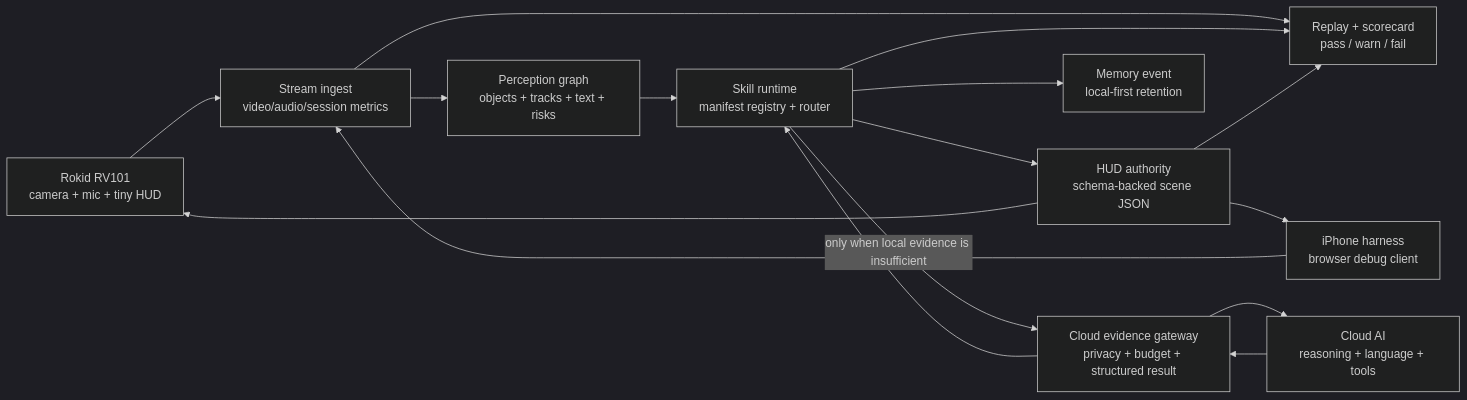
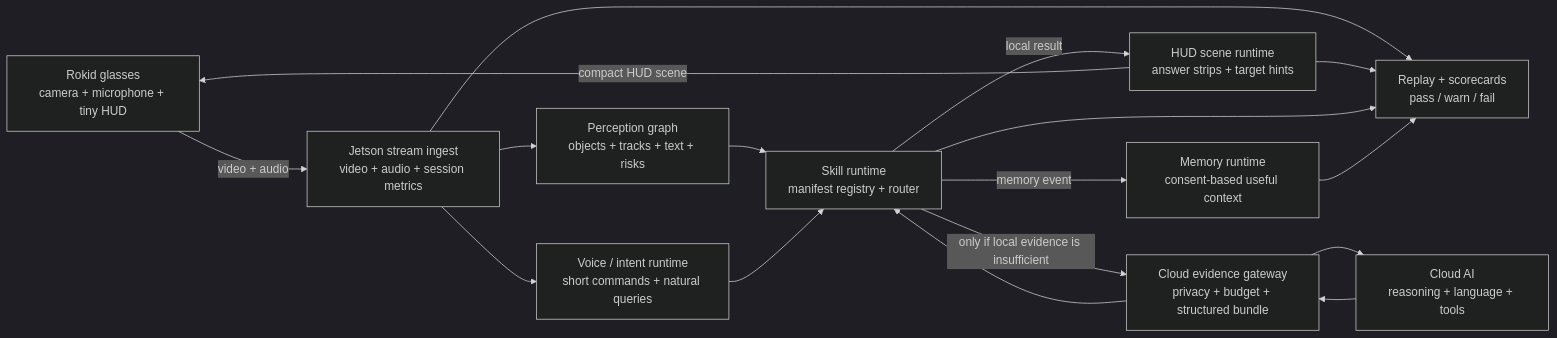
Before and after one commit to tranquocnhat94/openvision-rokid: the first of 3 diagrams in README.md, drawn with Mermaid (dark theme). The commit also changed other lines of this file, not shown here.

````diff
--- a/README.md
+++ b/README.md
@@ -85,29 +153,30 @@
 ```mermaid
 flowchart LR
-  G["Rokid RV101\ncamera + mic + tiny HUD"]
-  I["iPhone harness\nbrowser debug client"]
-  S["Stream ingest\nvideo/audio/session metrics"]
-  Q["Replay + scorecard\npass / warn / fail"]
-  P["Perception graph\nobjects + tracks + text + risks"]
-  R["Skill runtime\nmanifest registry + router"]
-  H["HUD authority\nschema-backed scene JSON"]
-  C["Cloud evidence gateway\nprivacy + budget + structured result"]
-  A["Cloud AI\nreasoning + language + tools"]
-  M["Memory event\nlocal-first retention"]
+    R["Rokid glasses<br/>camera + microphone + tiny HUD"]
+    S["Jetson stream ingest<br/>video + audio + session metrics"]
+    P["Perception graph<br/>objects + tracks + text + risks"]
+    V["Voice / intent runtime<br/>short commands + natural queries"]
+    K["Skill runtime<br/>manifest registry + router"]
+    H["HUD scene runtime<br/>answer strips + target hints"]
+    C["Cloud evidence gateway<br/>privacy + budget + structured bundle"]
+    A["Cloud AI<br/>reasoning + language + tools"]
+    M["Memory runtime<br/>consent-based useful context"]
+    Q["Replay + scorecards<br/>pass / warn / fail"]
 
-  G --> S
-  I --> S
-  S --> Q
-  S --> P
-  P --> R
-  R --> H
-  R --> M
-  R --> Q
-  H --> Q
-  R -->|"only when local evidence is insufficient"| C
-  C --> A
-  A --> C
-  C --> R
-  H --> G
-  H --> I
+    R -->|"video + audio"| S
+    S --> P
+    S --> V
+    S --> Q
+    P --> K
+    V --> K
+    K -->|"local result"| H
+    K -->|"memory event"| M
+    K -->|"only if local evidence is insufficient"| C
+    C --> A
+    A --> C
+    C --> K
+    H -->|"compact HUD scene"| R
+    H --> Q
+    K --> Q
+    M --> Q
 ```
````
